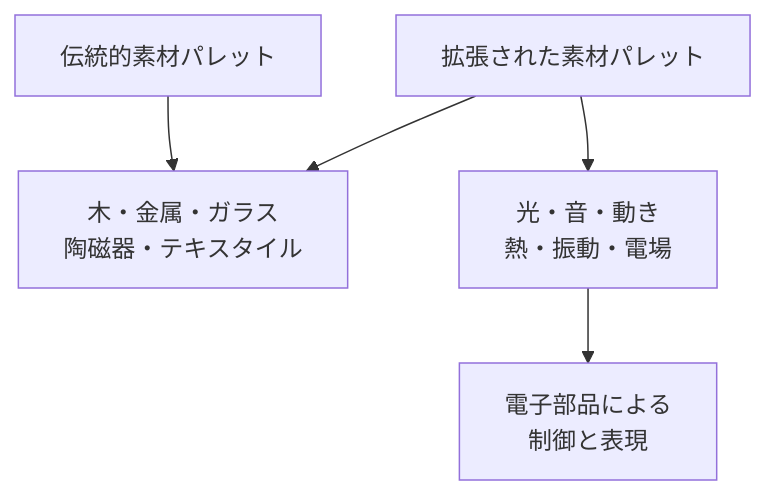
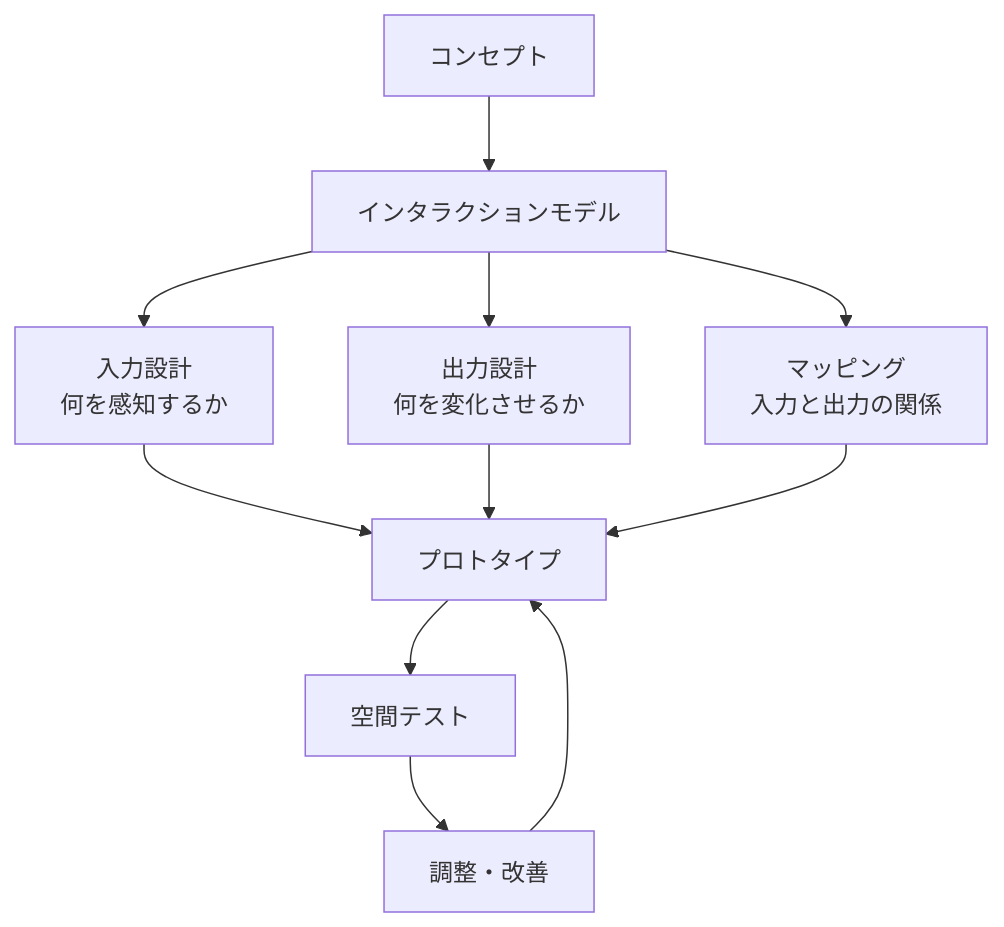
One commit to Hide-nu/Designer-curriculum changed the third of 3 diagrams in docs/books/04-critical-making/ch02-physical-computing.md. Above: the diagram before and after it, drawn with Mermaid. The commit also changed other lines of this file and 13 other files, not shown here.

````diff
--- a/docs/books/04-critical-making/ch02-physical-computing.md
+++ b/docs/books/04-critical-making/ch02-physical-computing.md
@@ -98,7 +124,13 @@
 ```mermaid
 graph TD
-    A[伝統的素材パレット] --> B[木・金属・ガラス<br>陶磁器・テキスタイル]
-    C[拡張された素材パレット] --> B
-    C --> D[光・音・動き<br>熱・振動・電場]
-    D --> E[電子部品による<br>制御と表現]
+    A[コンセプト] --> B[インタラクションモデル]
+    B --> C[入力設計<br/>何を感知するか]
+    B --> D[出力設計<br/>何を変化させるか]
+    B --> E[マッピング<br/>入力と出力の関係]
+    C --> F[プロトタイプ]
+    D --> F
+    E --> F
+    F --> G[空間テスト]
+    G --> H[調整・改善]
+    H --> F
 ```
````
